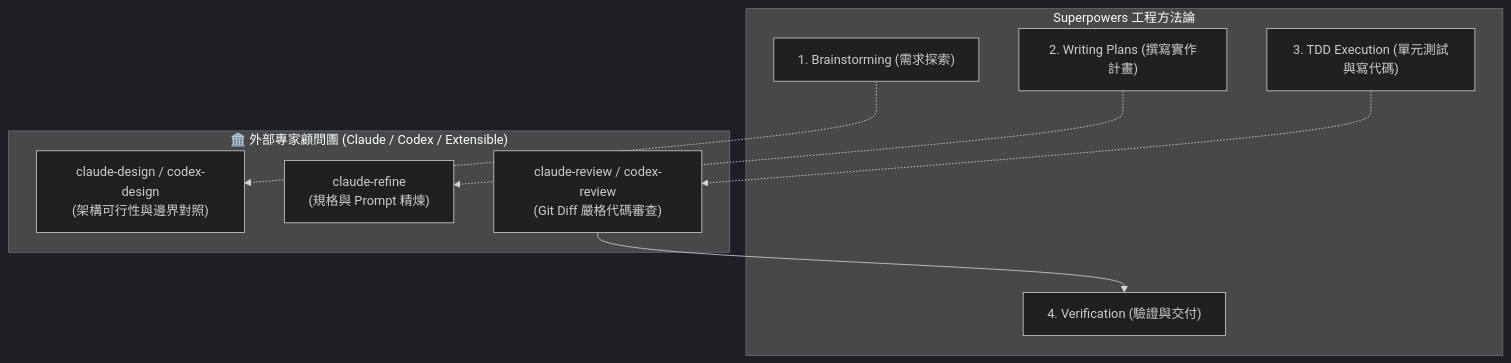
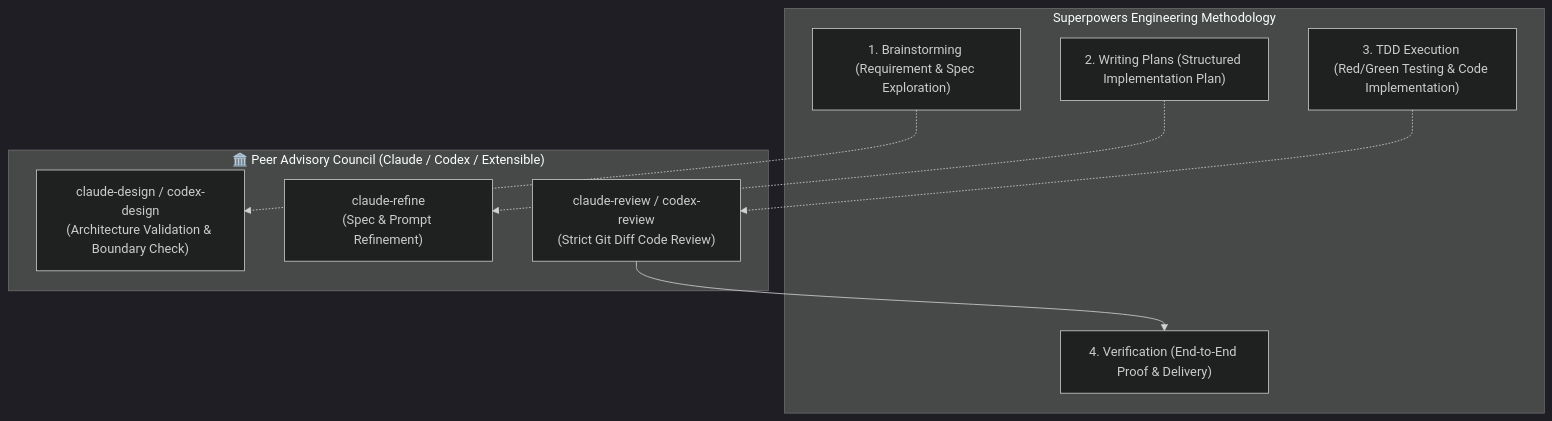
Before and after one commit to gogog22510/agent-collaborator: the diagram in templates/antigravity_superpowers.md, drawn with Mermaid (dark theme). The commit also changed other lines of this file, not shown here.

````diff
--- a/templates/antigravity_superpowers.md
+++ b/templates/antigravity_superpowers.md
@@ -76,20 +76,20 @@
 ```mermaid
 flowchart TD
-    subgraph SuperpowersFlow["Superpowers 工程方法論"]
-        B["1. Brainstorming (需求探索)"]
-        P["2. Writing Plans (撰寫實作計畫)"]
-        T["3. TDD Execution (單元測試與寫代碼)"]
-        V["4. Verification (驗證與交付)"]
+    subgraph SuperpowersFlow["Superpowers Engineering Methodology"]
+        B["1. Brainstorming (Requirement & Spec Exploration)"]
+        P["2. Writing Plans (Structured Implementation Plan)"]
+        T["3. TDD Execution (Red/Green Testing & Code Implementation)"]
+        V["4. Verification (End-to-End Proof & Delivery)"]
     end
 
-    subgraph PeerAdvisors["🏛️ 外部專家顧問團 (Claude / Codex / Extensible)"]
-        CD["claude-design / codex-design<br/>(架構可行性與邊界對照)"]
-        CR["claude-refine<br/>(規格與 Prompt 精煉)"]
-        CW["claude-review / codex-review<br/>(Git Diff 嚴格代碼審查)"]
+    subgraph PeerAdvisors["🏛️ Peer Advisory Council (Claude / Codex / Extensible)"]
+        CD["claude-design / codex-design<br/>(Architecture Validation & Boundary Check)"]
+        CR["claude-refine<br/>(Spec & Prompt Refinement)"]
+        CW["claude-review / codex-review<br/>(Strict Git Diff Code Review)"]
     end
 
     B -.-> CD
     P -.-> CR
     T -.-> CW
     CW --> V
 ```
````
